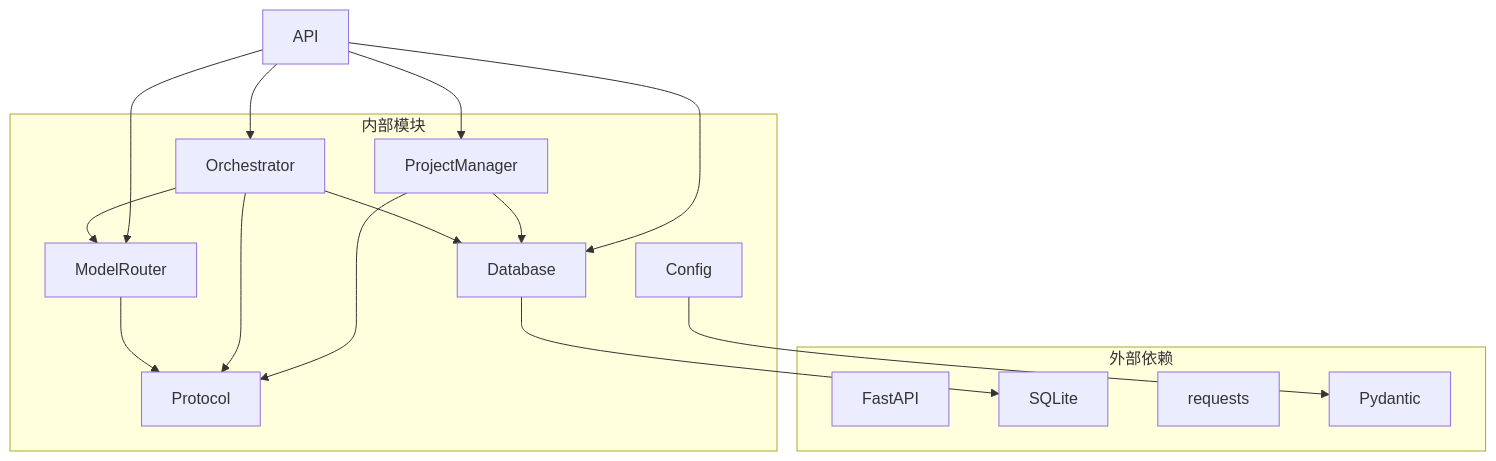
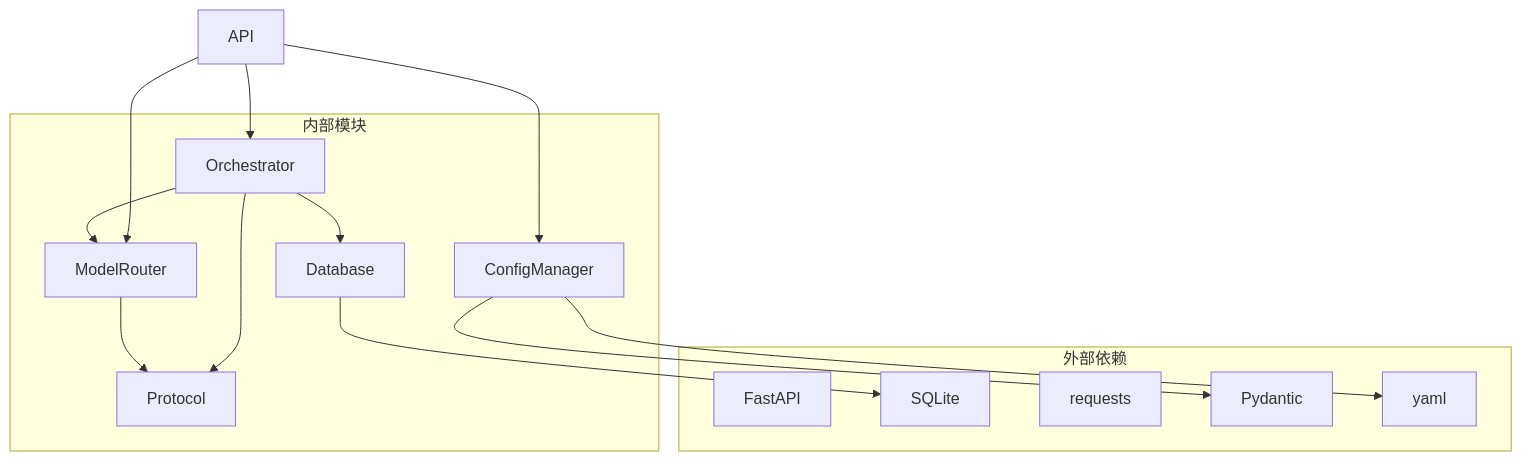
The fifth of 5 diagrams in .qoder/repowiki/zh/content/核心模块/模型路由系统.md (targalian/Personal-distributed-workstation), drawn with Mermaid before and after one commit. The commit also changed other lines of this file and 64 other files, not shown here.

````diff
--- a/.qoder/repowiki/zh/content/核心模块/模型路由系统.md
+++ b/.qoder/repowiki/zh/content/核心模块/模型路由系统.md
@@ -441,29 +396,27 @@
 ```mermaid
 graph TB
 subgraph "外部依赖"
 FASTAPI[FastAPI]
 SQLITE[SQLite]
 REQUESTS[requests]
 PYDANTIC[Pydantic]
+YAML[yaml]
 end
 subgraph "内部模块"
 MODEL_ROUTER[ModelRouter]
 ORCHESTRATOR[Orchestrator]
-PROJECT_MANAGER[ProjectManager]
+CONFIG_MANAGER[ConfigManager]
 DATABASE[Database]
-CONFIG[Config]
 PROTOCOL[Protocol]
 end
 MODEL_ROUTER --> PROTOCOL
 ORCHESTRATOR --> MODEL_ROUTER
 ORCHESTRATOR --> DATABASE
 ORCHESTRATOR --> PROTOCOL
-PROJECT_MANAGER --> DATABASE
-PROJECT_MANAGER --> PROTOCOL
-DATABASE --> SQLITE
-CONFIG --> PYDANTIC
+CONFIG_MANAGER --> PYDANTIC
+CONFIG_MANAGER --> YAML
 API --> MODEL_ROUTER
 API --> ORCHESTRATOR
-API --> PROJECT_MANAGER
-API --> DATABASE
+API --> CONFIG_MANAGER
+DATABASE --> SQLITE
 ```
````
